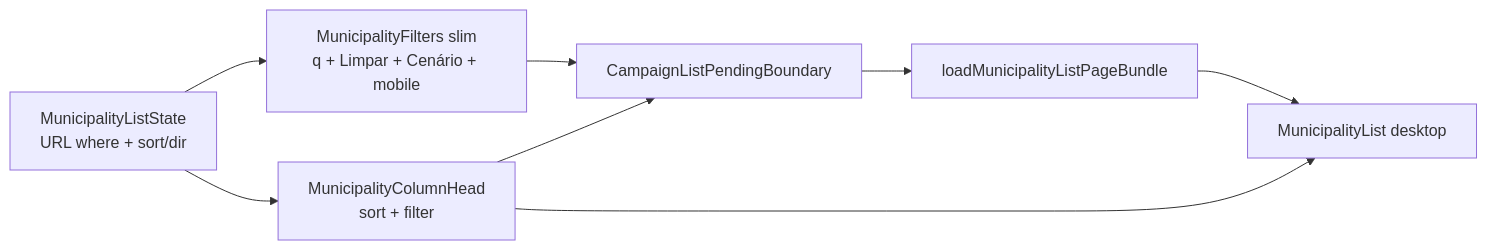
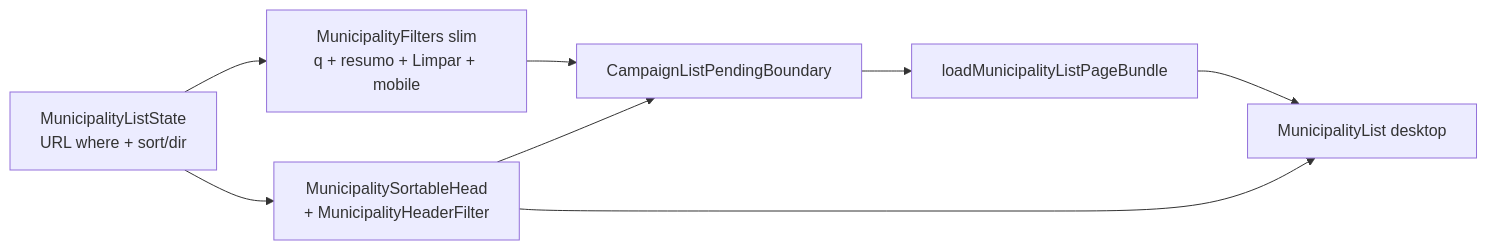
Before and after one commit to fsolla/teqo: the diagram in docs/plans/filtros-no-header-lista-municipios.md, drawn with Mermaid. The commit also changed other lines of this file and 17 other files, not shown here.

````diff
--- a/docs/plans/filtros-no-header-lista-municipios.md
+++ b/docs/plans/filtros-no-header-lista-municipios.md
@@ -80,17 +77,17 @@
 ```mermaid
 flowchart LR
   URL["MunicipalityListState\nURL where + sort/dir"]
-  Slim["MunicipalityFilters slim\nq + Limpar + Cenário + mobile"]
-  Head["MunicipalityColumnHead\nsort + filter"]
+  Slim["MunicipalityFilters slim\nq + resumo + Limpar + mobile"]
+  Head["MunicipalitySortableHead\n+ MunicipalityHeaderFilter"]
   List["MunicipalityList desktop"]
   Loader["loadMunicipalityListPageBundle"]
   Pending["CampaignListPendingBoundary"]
 
   URL --> Slim
   URL --> Head
   Slim --> Pending
   Head --> Pending
   Pending --> Loader
   Loader --> List
   Head --> List
 ```
````
